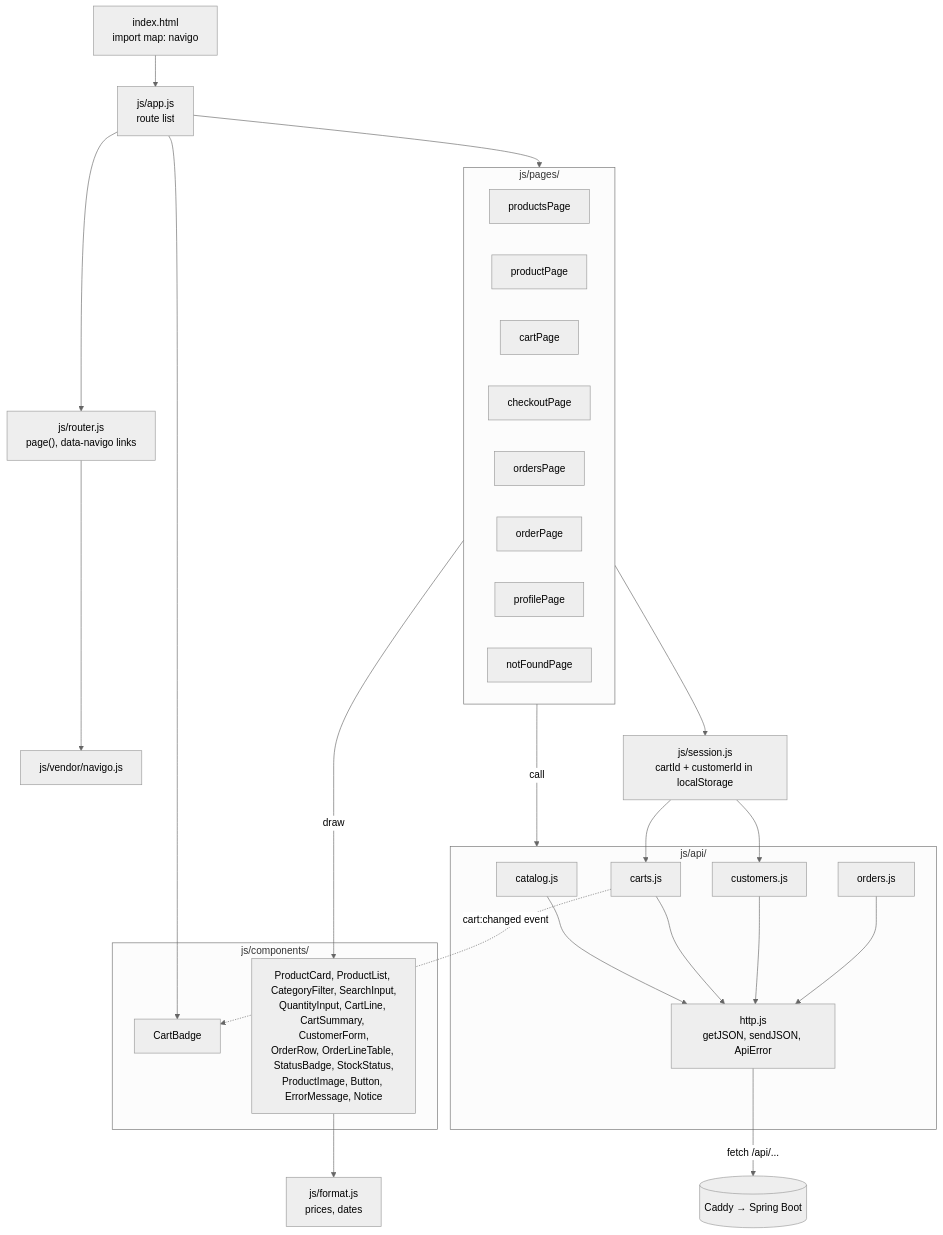
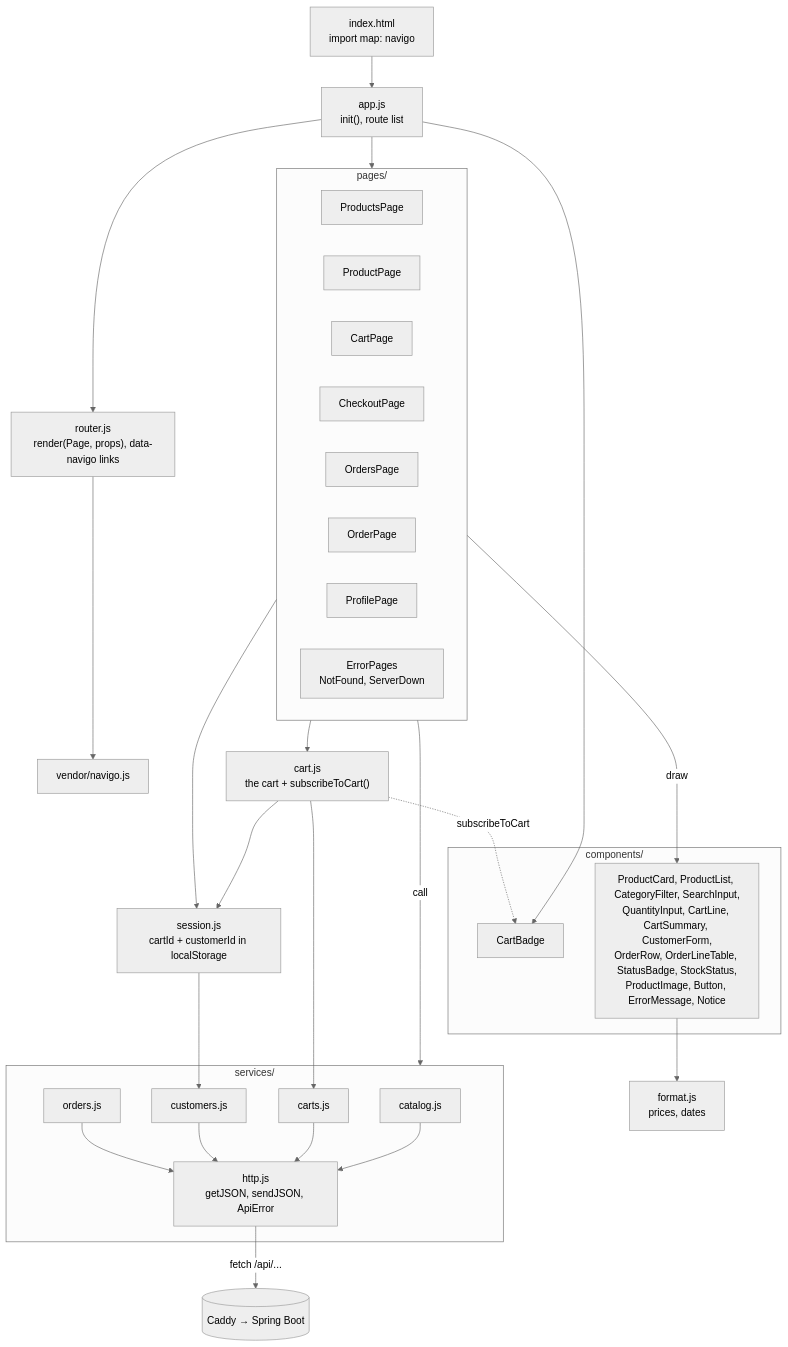
One commit to 4shizzgndlf/coffeeshop-starter changed diagram 11 of 12 in ARCHITECTURE.md. Above: the diagram before and after it, drawn with Mermaid (neutral theme). The commit also changed other lines of this file and 67 other files, not shown here.

First line of the commit message:
refactor(frontend): flatten src and render pages as page objects

````diff
--- a/ARCHITECTURE.md
+++ b/ARCHITECTURE.md
@@ -799,41 +800,44 @@
 ```mermaid
 flowchart TB
-    html["index.html<br/>import map: navigo"] --> app["js/app.js<br/>route list"]
-    app --> router["js/router.js<br/>page(), data-navigo links"]
-    router --> navigo["js/vendor/navigo.js"]
+    html["index.html<br/>import map: navigo"] --> app["app.js<br/>init(), route list"]
+    app --> router["router.js<br/>render(Page, props), data-navigo links"]
+    router --> navigo["vendor/navigo.js"]
     app --> pages
     app --> badge
 
-    subgraph pages["js/pages/"]
-        productsPage["productsPage"]
-        productPage["productPage"]
-        cartPage["cartPage"]
-        checkoutPage["checkoutPage"]
-        ordersPage["ordersPage"]
-        orderPage["orderPage"]
-        profilePage["profilePage"]
-        notFoundPage["notFoundPage"]
+    subgraph pages["pages/"]
+        productsPage["ProductsPage"]
+        productPage["ProductPage"]
+        cartPage["CartPage"]
+        checkoutPage["CheckoutPage"]
+        ordersPage["OrdersPage"]
+        orderPage["OrderPage"]
+        profilePage["ProfilePage"]
+        errorPages["ErrorPages<br/>NotFound, ServerDown"]
     end
 
-    subgraph components["js/components/"]
+    subgraph components["components/"]
         badge["CartBadge"]
         others["ProductCard, ProductList, CategoryFilter, SearchInput,<br/>QuantityInput, CartLine, CartSummary, CustomerForm,<br/>OrderRow, OrderLineTable, StatusBadge, StockStatus,<br/>ProductImage, Button, ErrorMessage, Notice"]
     end
 
-    subgraph api["js/api/"]
+    subgraph services["services/"]
         catalogJs["catalog.js"]
         cartsJs["carts.js"]
         customersJs["customers.js"]
         ordersJs["orders.js"]
         http["http.js<br/>getJSON, sendJSON, ApiError"]
     end
 
     pages -->|"draw"| others
-    pages -->|"call"| api
-    pages --> session["js/session.js<br/>cartId + customerId in localStorage"]
-    session --> cartsJs & customersJs
-    others --> format["js/format.js<br/>prices, dates"]
+    pages -->|"call"| services
+    pages --> cart["cart.js<br/>the cart + subscribeToCart()"]
+    pages --> session["session.js<br/>cartId + customerId in localStorage"]
+    cart --> cartsJs
+    cart --> session
+    session --> customersJs
+    others --> format["format.js<br/>prices, dates"]
     catalogJs & cartsJs & customersJs & ordersJs --> http
     http -->|"fetch /api/..."| caddy[("Caddy → Spring Boot")]
-    cartsJs -.->|"cart:changed event"| badge
+    cart -.->|"subscribeToCart"| badge
 ```
````
